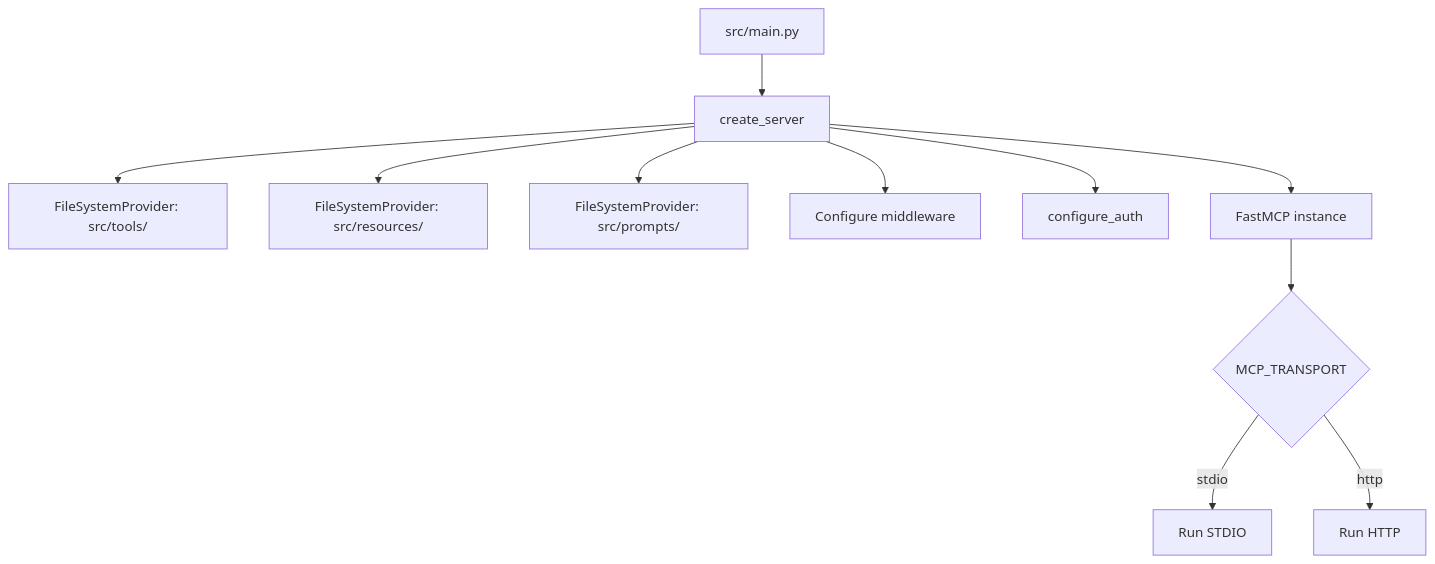
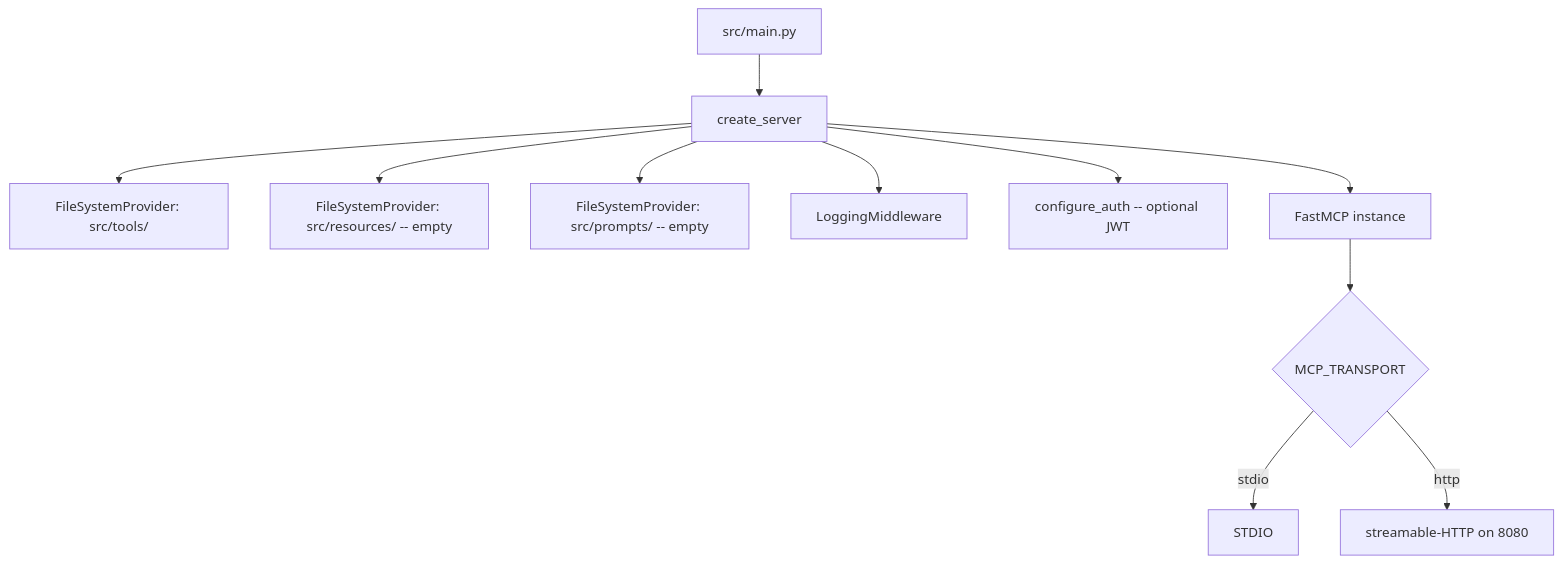
The second of 3 diagrams in ARCHITECTURE.md (rdwj/calculus-helper-mcp-demo), drawn with Mermaid before and after one commit. The commit also changed other lines of this file and 74 other files, not shown here.

````diff
--- a/ARCHITECTURE.md
+++ b/ARCHITECTURE.md
@@ -63,13 +90,13 @@
 ```mermaid
 flowchart TD
   A[src/main.py] --> B[create_server]
   B --> C[FileSystemProvider: src/tools/]
-  B --> D[FileSystemProvider: src/resources/]
-  B --> E[FileSystemProvider: src/prompts/]
-  B --> F[Configure middleware]
-  B --> G[configure_auth]
+  B --> D[FileSystemProvider: src/resources/ -- empty]
+  B --> E[FileSystemProvider: src/prompts/ -- empty]
+  B --> F[LoggingMiddleware]
+  B --> G[configure_auth -- optional JWT]
   B --> H[FastMCP instance]
   H --> I{MCP_TRANSPORT}
-  I -- stdio --> J[Run STDIO]
-  I -- http --> K[Run HTTP]
+  I -- stdio --> J[STDIO]
+  I -- http --> K[streamable-HTTP on 8080]
 ```
````
